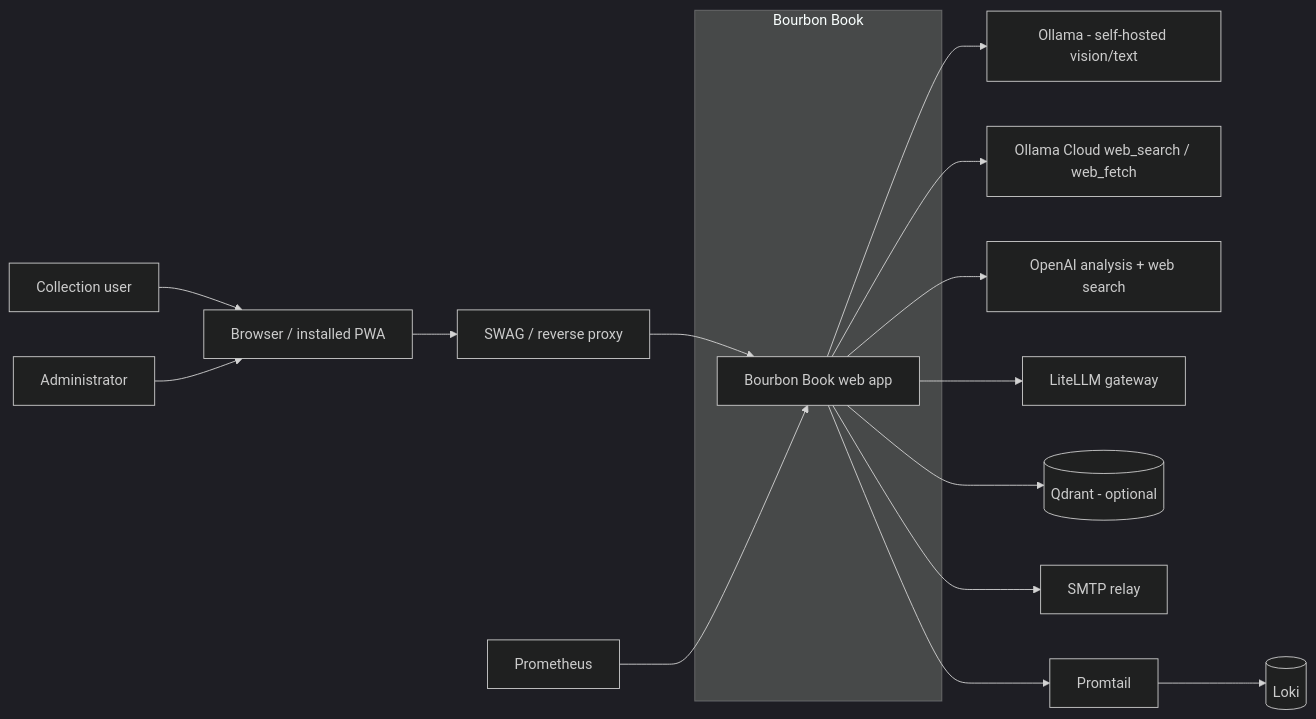
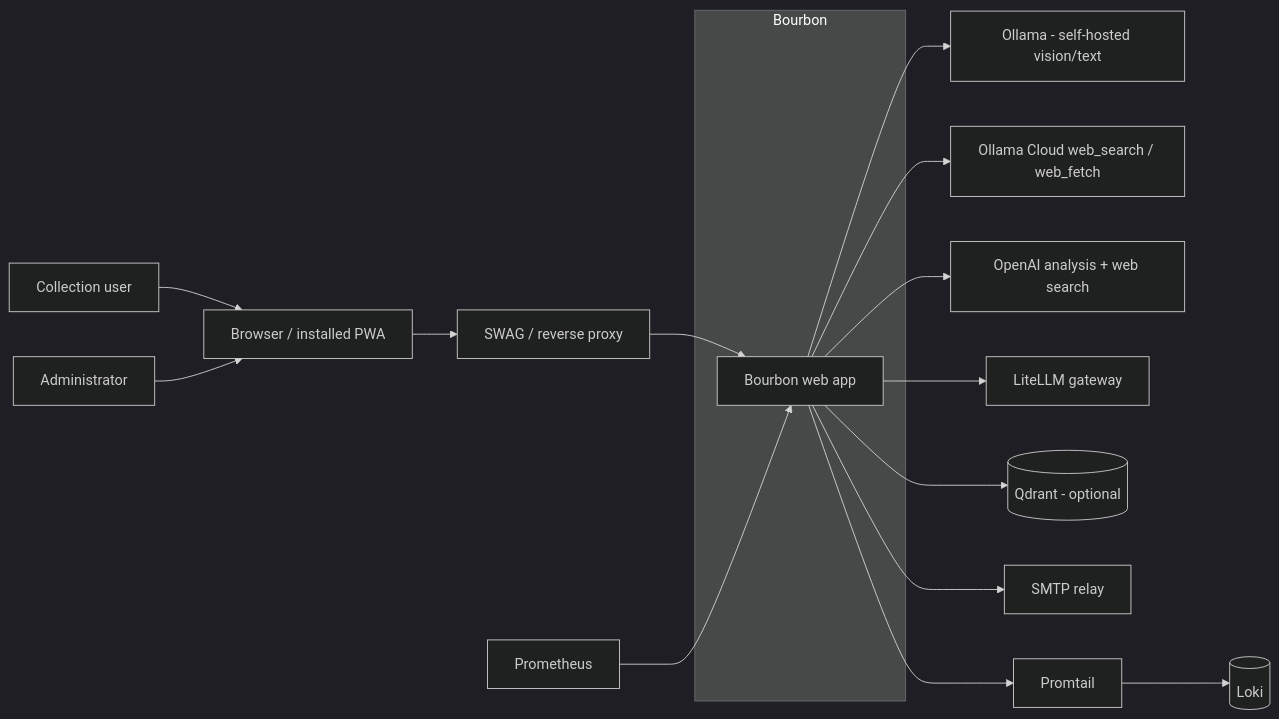
The diagram in docs/architecture/c1-system-context.md (adhatcher-org/bourbonbook), drawn with Mermaid (dark theme) before and after one commit. The commit also changed other lines of this file and 72 other files, not shown here.

Commit message:
Rename displayed app to Bourbon

````diff
--- a/docs/architecture/c1-system-context.md
+++ b/docs/architecture/c1-system-context.md
@@ -14,35 +14,35 @@
 ```mermaid
 flowchart LR
   user[Collection user]
   admin[Administrator]
   browser[Browser / installed PWA]
 
-  subgraph bourbon["Bourbon Book"]
-    app[Bourbon Book web app]
+  subgraph bourbon["Bourbon"]
+    app[Bourbon web app]
   end
 
   swag[SWAG / reverse proxy]
   ollama[Ollama - self-hosted vision/text]
   ollama_cloud[Ollama Cloud web_search / web_fetch]
   openai[OpenAI analysis + web search]
   litellm[LiteLLM gateway]
   qdrant[(Qdrant - optional)]
   smtp[SMTP relay]
   prometheus[Prometheus]
   promtail[Promtail]
   loki[(Loki)]
 
   user --> browser
   admin --> browser
   browser --> swag --> app
 
   app --> ollama
   app --> ollama_cloud
   app --> openai
   app --> litellm
   app --> qdrant
   app --> smtp
 
   prometheus --> app
   app --> promtail --> loki
 ```
````
